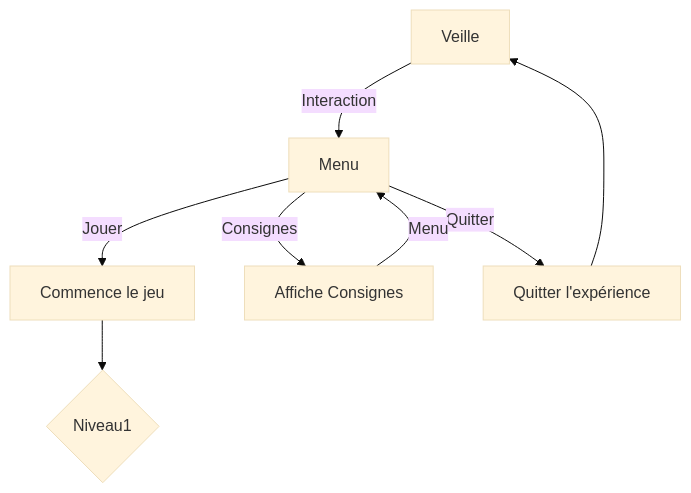
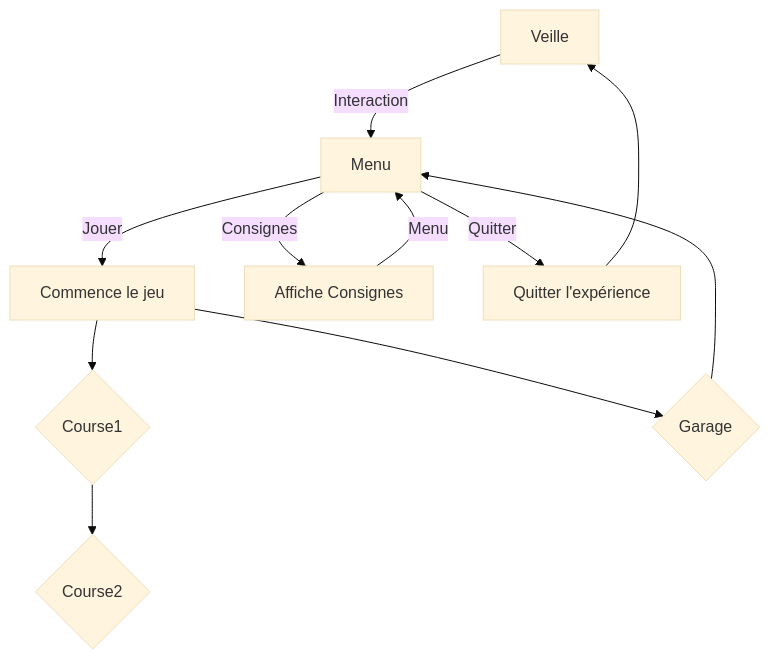
One commit to GearShift-Games/C0N-DU8 changed the diagram in README.md. Above: the diagram before and after it, drawn with Mermaid (base theme).

````diff
--- a/README.md
+++ b/README.md
@@ -2,10 +2,14 @@
 ```mermaid
 flowchart TD
     A[Veille] -->|Interaction| C(Menu)
     C -->|Jouer| D[Commence le jeu]
     C -->|Consignes| E[Affiche Consignes]
     C -->|Quitter| F[Quitter l'expérience]
     F --> A
     E[Affiche Consignes]--> |Menu| C[Menu]
-    D --> H{Niveau1}
+    D --> H{Course1}
+    D --> I{Garage}
+    I --> C
+    H --> J{Course2}
+
   ```
````
